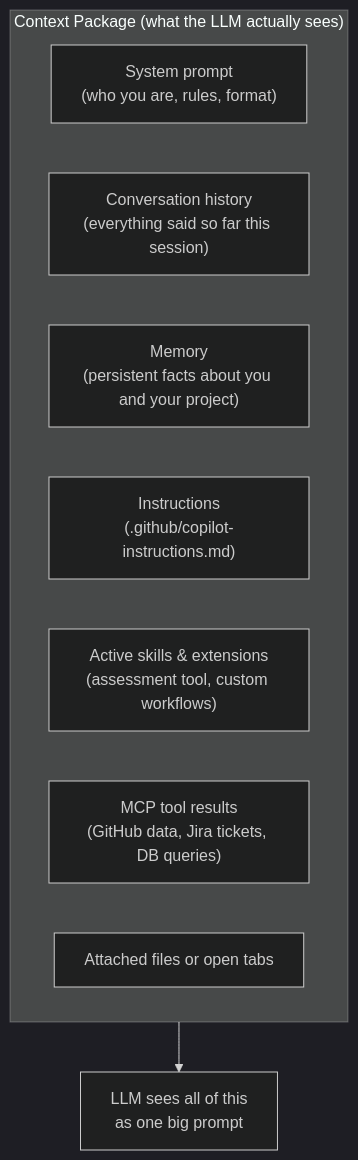
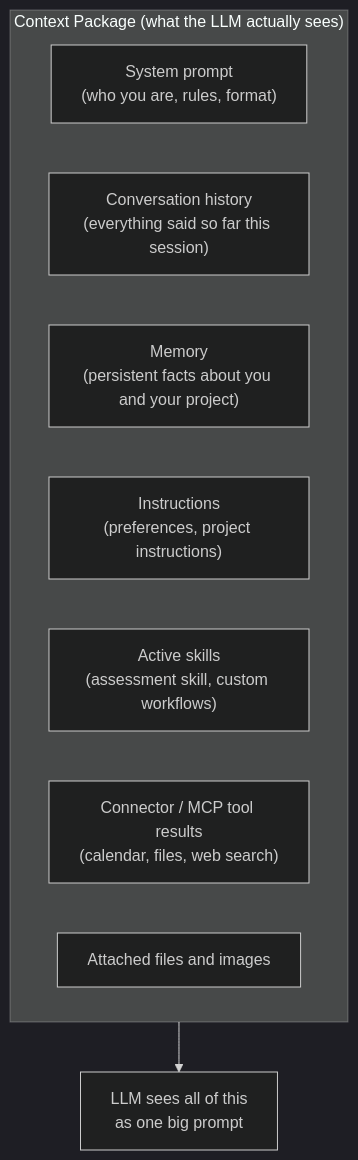
One commit to khadiwaa/ai-education changed the fourth of 6 diagrams in docs/docs/phase-1/how-ai-works.mdx. Above: the diagram before and after it, drawn with Mermaid (dark theme). The commit also changed other lines of this file and 64 other files, not shown here.

````diff
--- a/docs/docs/phase-1/how-ai-works.mdx
+++ b/docs/docs/phase-1/how-ai-works.mdx
@@ -241,13 +235,13 @@
 ```mermaid
 flowchart TD
     subgraph Context ["Context Package (what the LLM actually sees)"]
         SYS["System prompt\n(who you are, rules, format)"]
         HIST["Conversation history\n(everything said so far this session)"]
         MEM["Memory\n(persistent facts about you and your project)"]
-        INST["Instructions\n(.github/copilot-instructions.md)"]
-        SKILLS["Active skills & extensions\n(assessment tool, custom workflows)"]
-        MCP["MCP tool results\n(GitHub data, Jira tickets, DB queries)"]
-        ATTACH["Attached files or open tabs"]
+        INST["Instructions\n(preferences, project instructions)"]
+        SKILLS["Active skills\n(assessment skill, custom workflows)"]
+        MCP["Connector / MCP tool results\n(calendar, files, web search)"]
+        ATTACH["Attached files and images"]
     end
     Context --> LLM["LLM sees all of this\nas one big prompt"]
 ```
````
